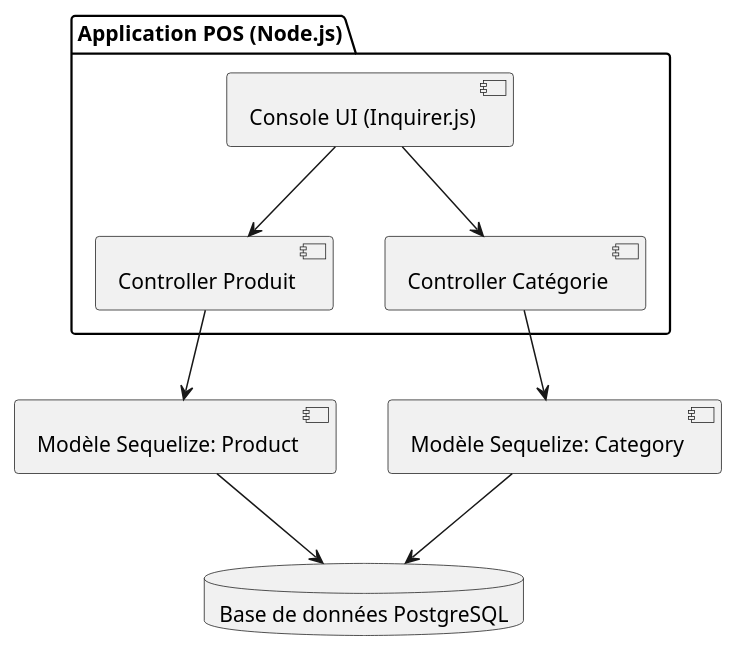
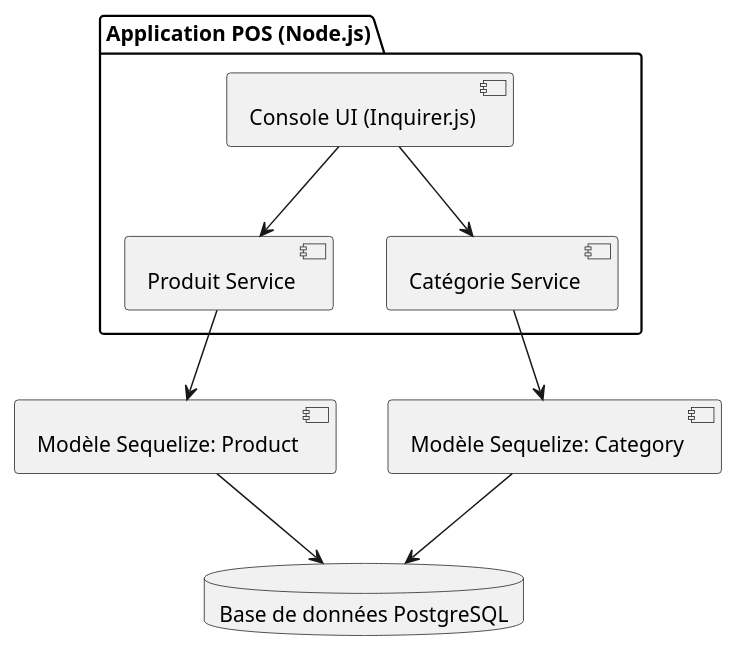
Before and after one commit to Jonathan-Lorfils/LOG430-Lab: the diagram in docs/UML/VueImplementation.puml, drawn with PlantUML. The commit also changed 7 other files, not shown here.

Commit message:
Fix Rename Controller to Service

```diff
--- a/docs/UML/VueImplementation.puml
+++ b/docs/UML/VueImplementation.puml
@@ -1,16 +1,16 @@
 @startuml ComposantsPOS
 
 package "Application POS (Node.js)" {
-  [Console UI (Inquirer.js)] --> [Controller Produit]
-  [Console UI (Inquirer.js)] --> [Controller Catégorie]
+  [Console UI (Inquirer.js)] --> [Produit Service]
+  [Console UI (Inquirer.js)] --> [Catégorie Service]
 }
 
-[Controller Produit] --> [Modèle Sequelize: Product]
-[Controller Catégorie] --> [Modèle Sequelize: Category]
+[Produit Service] --> [Modèle Sequelize: Product]
+[Catégorie Service] --> [Modèle Sequelize: Category]
 
 database "Base de données PostgreSQL" as DB
 
 [Modèle Sequelize: Product] --> DB
 [Modèle Sequelize: Category] --> DB
 
 @enduml
```
